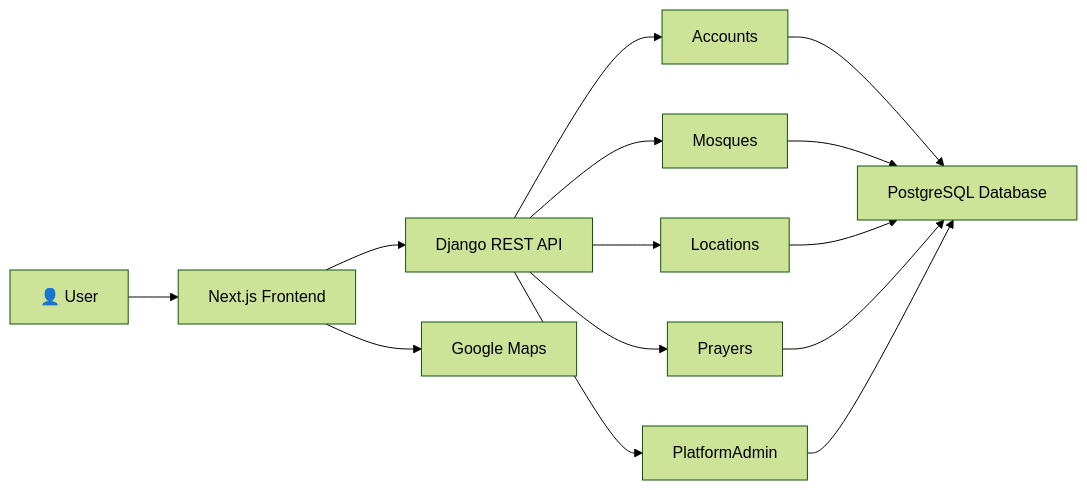
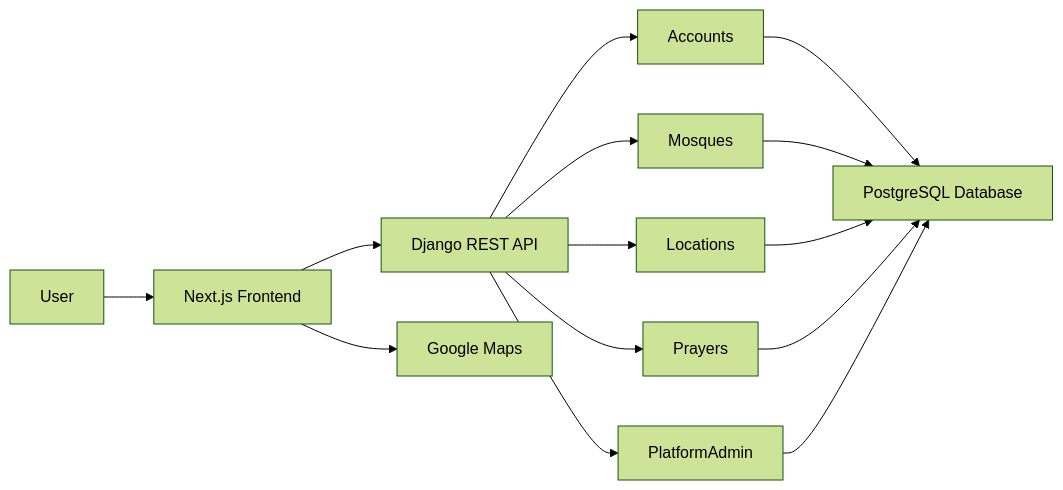
Before and after one commit to Awairit/Mosque-Project: the diagram in README.md, drawn with Mermaid (forest theme). The commit also changed other lines of this file, not shown here.

````diff
--- a/README.md
+++ b/README.md
@@ -219,31 +531,31 @@
 ```mermaid
 flowchart LR
 
-User["👤 User"]
+User["User"]
 
 User --> Frontend
 
 Frontend["Next.js Frontend"]
 
 Frontend --> API
 
 API["Django REST API"]
 
 API --> Accounts
 API --> Mosques
 API --> Locations
 API --> Prayers
 API --> PlatformAdmin
 
 Accounts --> PostgreSQL
 Mosques --> PostgreSQL
 Locations --> PostgreSQL
 Prayers --> PostgreSQL
 PlatformAdmin --> PostgreSQL
 
 Frontend --> Maps
 
 Maps["Google Maps"]
 
 PostgreSQL["PostgreSQL Database"]
 ```
````
